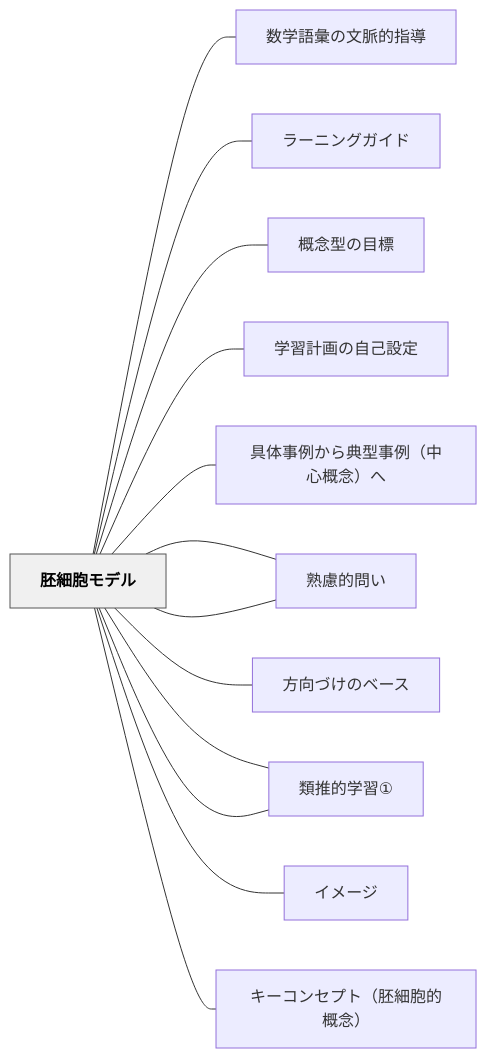
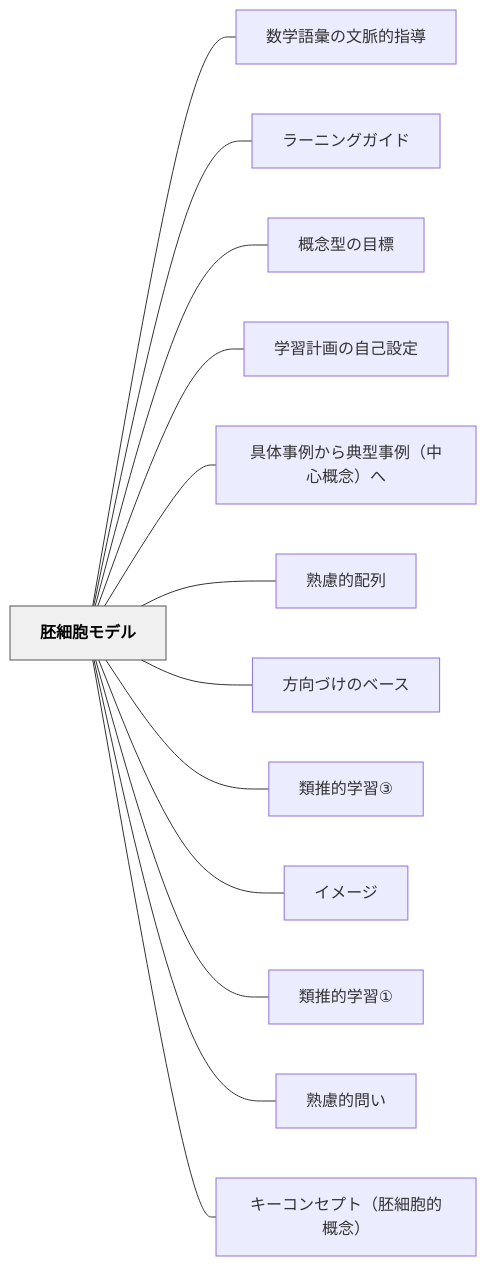
Before and after one commit to unknownthings-ed-patterns/unknownthings-ed-patterns: the diagram in content/パタン/胚細胞モデル.md, drawn with Mermaid. The commit also changed 527 other files, not shown here.

````diff
--- a/content/パタン/胚細胞モデル.md
+++ b/content/パタン/胚細胞モデル.md
@@ -139,32 +139,32 @@
 ```mermaid
 flowchart LR
-    ne8839ae7b4b0["胚細胞モデル"]
-    ne695b0e5ada6["数学語彙の文脈的指導"]
-    ne383a9e383bc["ラーニングガイド"]
-    ne6a682e5bfb5["概念型の目標"]
-    ne5ada6e7bf92["学習計画の自己設定"]
-    ne585b7e4bd93["具体事例から典型事例（中心概念）へ"]
-    ne7869fe685ae["熟慮的配列"]
-    ne696b9e59091["方向づけのベース"]
-    ne9a19ee68ea8["類推的学習③"]
-    ne382a4e383a1["イメージ"]
-    ne9a19ee68ea8["類推的学習①"]
-    ne7869fe685ae["熟慮的問い"]
-    ne382ade383bc["キーコンセプト（胚細胞的概念）"]
+    ne8839ae7b4b0e8839ee383a2e38387e383ab["胚細胞モデル"]
+    ne695b0e5ada6e8aa9ee5bd99e381aee69687e88488e79a84e68c87e5b08e["数学語彙の文脈的指導"]
+    ne383a9e383bce3838be383b3e382b0e382ace382a4e38389["ラーニングガイド"]
+    ne6a682e5bfb5e59e8be381aee79baee6a899["概念型の目標"]
+    ne5ada6e7bf92e8a888e794bbe381aee887aae5b7b1e8a8ade5ae9a["学習計画の自己設定"]
+    ne585b7e4bd93e4ba8be4be8be3818be38289e585b8e59e8be4ba8be4be8befbc88e4b8ade5bf83e6a682e5bfb5efbc89e381b8["具体事例から典型事例（中心概念）へ"]
+    ne7869fe685aee79a84e9858de58897["熟慮的配列"]
+    ne696b9e59091e381a5e38191e381aee38399e383bce382b9["方向づけのベース"]
+    ne9a19ee68ea8e79a84e5ada6e7bf92e291a2["類推的学習③"]
+    ne382a4e383a1e383bce382b8["イメージ"]
+    ne9a19ee68ea8e79a84e5ada6e7bf92e291a0["類推的学習①"]
+    ne7869fe685aee79a84e5958fe38184["熟慮的問い"]
+    ne382ade383bce382b3e383b3e382bbe38397e38388efbc88e8839ae7b4b0e8839ee79a84e6a682e5bfb5efbc89["キーコンセプト（胚細胞的概念）"]
 
-    ne8839ae7b4b0 --- ne695b0e5ada6
-    ne8839ae7b4b0 --- ne383a9e383bc
-    ne8839ae7b4b0 --- ne6a682e5bfb5
-    ne8839ae7b4b0 --- ne5ada6e7bf92
-    ne8839ae7b4b0 --- ne585b7e4bd93
-    ne8839ae7b4b0 --- ne7869fe685ae
-    ne8839ae7b4b0 --- ne696b9e59091
-    ne8839ae7b4b0 --- ne9a19ee68ea8
-    ne8839ae7b4b0 --- ne382a4e383a1
-    ne8839ae7b4b0 --- ne9a19ee68ea8
-    ne8839ae7b4b0 --- ne7869fe685ae
-    ne8839ae7b4b0 --- ne382ade383bc
+    ne8839ae7b4b0e8839ee383a2e38387e383ab --- ne695b0e5ada6e8aa9ee5bd99e381aee69687e88488e79a84e68c87e5b08e
+    ne8839ae7b4b0e8839ee383a2e38387e383ab --- ne383a9e383bce3838be383b3e382b0e382ace382a4e38389
+    ne8839ae7b4b0e8839ee383a2e38387e383ab --- ne6a682e5bfb5e59e8be381aee79baee6a899
+    ne8839ae7b4b0e8839ee383a2e38387e383ab --- ne5ada6e7bf92e8a888e794bbe381aee887aae5b7b1e8a8ade5ae9a
+    ne8839ae7b4b0e8839ee383a2e38387e383ab --- ne585b7e4bd93e4ba8be4be8be3818be38289e585b8e59e8be4ba8be4be8befbc88e4b8ade5bf83e6a682e5bfb5efbc89e381b8
+    ne8839ae7b4b0e8839ee383a2e38387e383ab --- ne7869fe685aee79a84e9858de58897
+    ne8839ae7b4b0e8839ee383a2e38387e383ab --- ne696b9e59091e381a5e38191e381aee38399e383bce382b9
+    ne8839ae7b4b0e8839ee383a2e38387e383ab --- ne9a19ee68ea8e79a84e5ada6e7bf92e291a2
+    ne8839ae7b4b0e8839ee383a2e38387e383ab --- ne382a4e383a1e383bce382b8
+    ne8839ae7b4b0e8839ee383a2e38387e383ab --- ne9a19ee68ea8e79a84e5ada6e7bf92e291a0
+    ne8839ae7b4b0e8839ee383a2e38387e383ab --- ne7869fe685aee79a84e5958fe38184
+    ne8839ae7b4b0e8839ee383a2e38387e383ab --- ne382ade383bce382b3e383b3e382bbe38397e38388efbc88e8839ae7b4b0e8839ee79a84e6a682e5bfb5efbc89
 
     classDef hub fill:#f0f0f0,stroke:#555,color:#000,font-weight:bold
-    class ne8839ae7b4b0 hub
+    class ne8839ae7b4b0e8839ee383a2e38387e383ab hub
 ```
````
